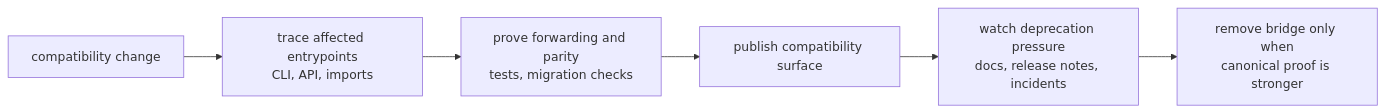
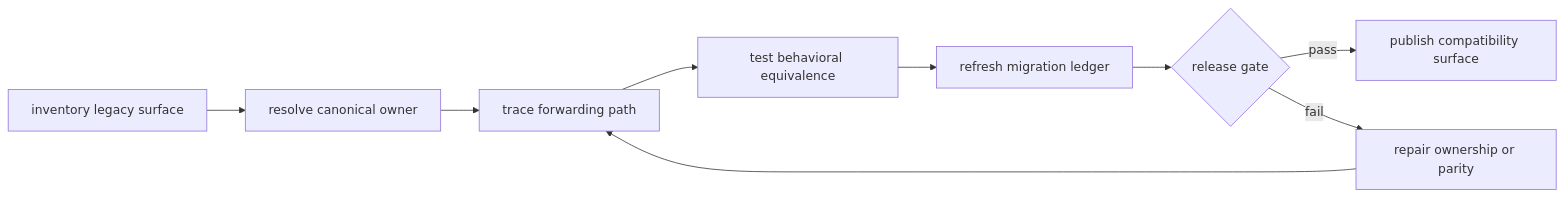
The first of 2 diagrams in docs/02-agentic-proteins/operations/index.md (bijux/bijux-proteomics), drawn with Mermaid before and after one commit. The commit also changed other lines of this file and 1 other file, not shown here.

Commit message:
docs(compatibility): make migration evidence actionable

````diff
--- a/docs/02-agentic-proteins/operations/index.md
+++ b/docs/02-agentic-proteins/operations/index.md
@@ -17,11 +17,11 @@
 ```mermaid
 flowchart LR
-    change["compatibility change"]
-    route["trace affected entrypoints<br/>CLI, API, imports"]
-    prove["prove forwarding and parity<br/>tests, migration checks"]
-    release["publish compatibility surface"]
-    observe["watch deprecation pressure<br/>docs, release notes, incidents"]
-    retire["remove bridge only when<br/>canonical proof is stronger"]
-
-    change --> route --> prove --> release --> observe --> retire
+    I["inventory legacy surface"] --> O["resolve canonical owner"]
+    O --> T["trace forwarding path"]
+    T --> E["test behavioral equivalence"]
+    E --> L["refresh migration ledger"]
+    L --> G{"release gate"}
+    G -->|pass| R["publish compatibility surface"]
+    G -->|fail| F["repair ownership or parity"]
+    F --> T
 ```
````
